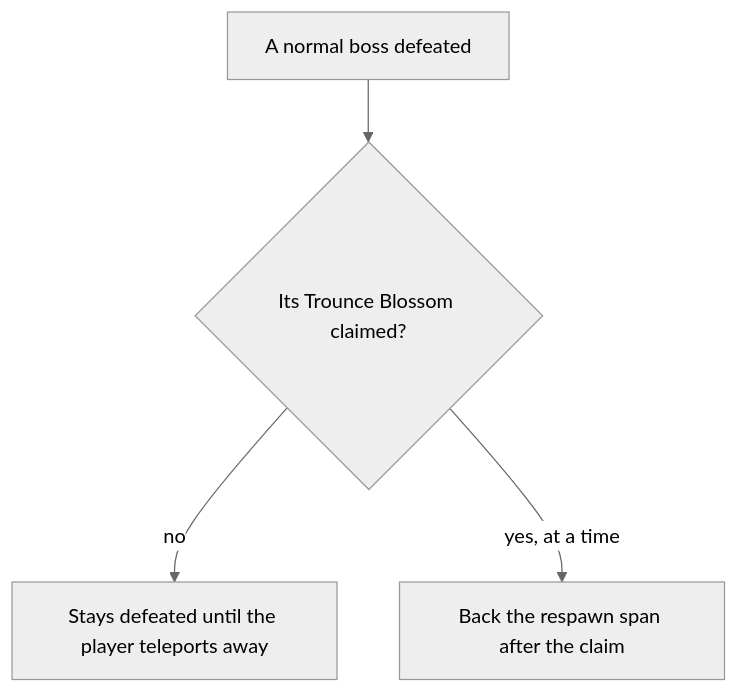
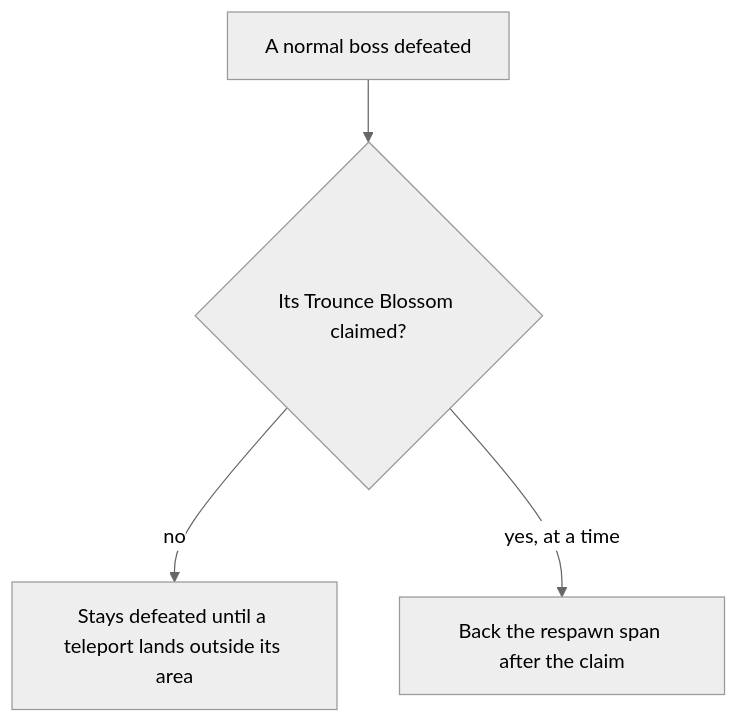
The diagram in openspec/specs/genshin/bosses/design.md (Esposter/Esposter), drawn with Mermaid (neutral theme) before and after one commit. The commit also changed other lines of this file and 49 other files, not shown here.

````diff
--- a/openspec/specs/genshin/bosses/design.md
+++ b/openspec/specs/genshin/bosses/design.md
@@ -7,6 +7,6 @@
 ```mermaid
 flowchart TD
   D["A normal boss defeated"] --> C{"Its Trounce Blossom claimed?"}
-  C -->|"no"| S["Stays defeated until the player teleports away"]
+  C -->|"no"| S["Stays defeated until a teleport lands outside its area"]
   C -->|"yes, at a time"| R["Back the respawn span after the claim"]
 ```
````
